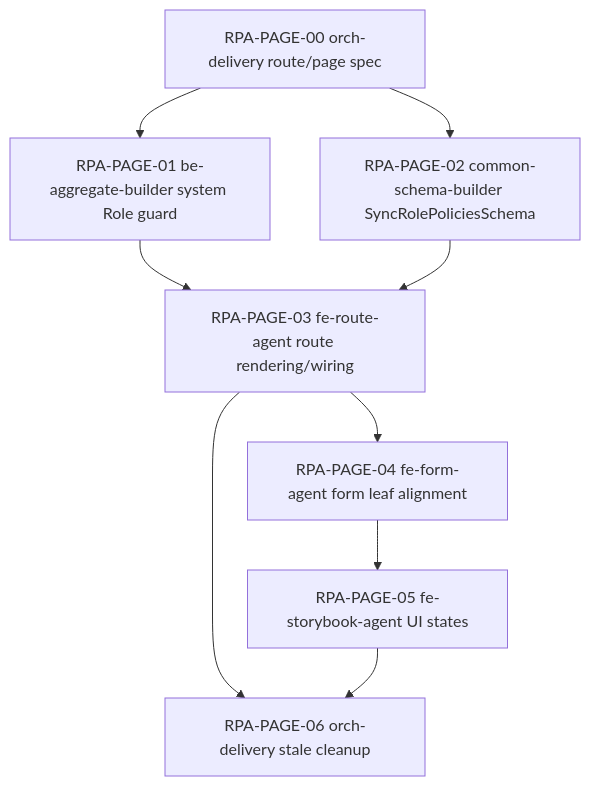
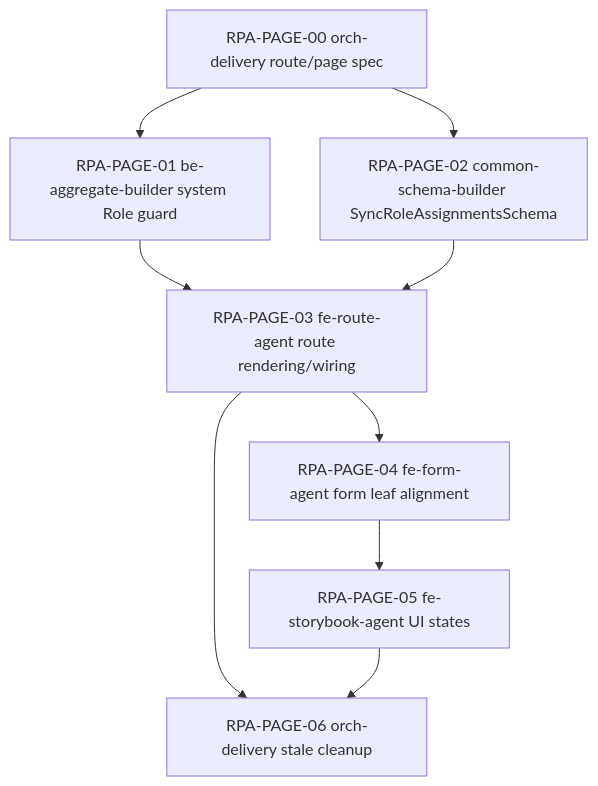
The diagram in apps/admin/web/src/app/(admin)/roles/[roleId]/page.spec.md (kimjoongwon/prj-core), drawn with Mermaid before and after one commit. The commit also changed other lines of this file and 164 other files, not shown here.

First line of the commit message:
feat: Add new DTOs and API methods for role assignments and policy entries

````diff
--- a/apps/admin/web/src/app/(admin)/roles/[roleId]/page.spec.md
+++ b/apps/admin/web/src/app/(admin)/roles/[roleId]/page.spec.md
@@ -336,11 +336,11 @@
 ```mermaid
 flowchart TD
   A["RPA-PAGE-00 orch-delivery route/page spec"] --> B["RPA-PAGE-01 be-aggregate-builder system Role guard"]
-  A --> C["RPA-PAGE-02 common-schema-builder SyncRolePoliciesSchema"]
+  A --> C["RPA-PAGE-02 common-schema-builder SyncRoleAssignmentsSchema"]
   B --> D["RPA-PAGE-03 fe-route-agent route rendering/wiring"]
   C --> D
   D --> E["RPA-PAGE-04 fe-form-agent form leaf alignment"]
   E --> F["RPA-PAGE-05 fe-storybook-agent UI states"]
   D --> G["RPA-PAGE-06 orch-delivery stale cleanup"]
   F --> G
 ```
````
